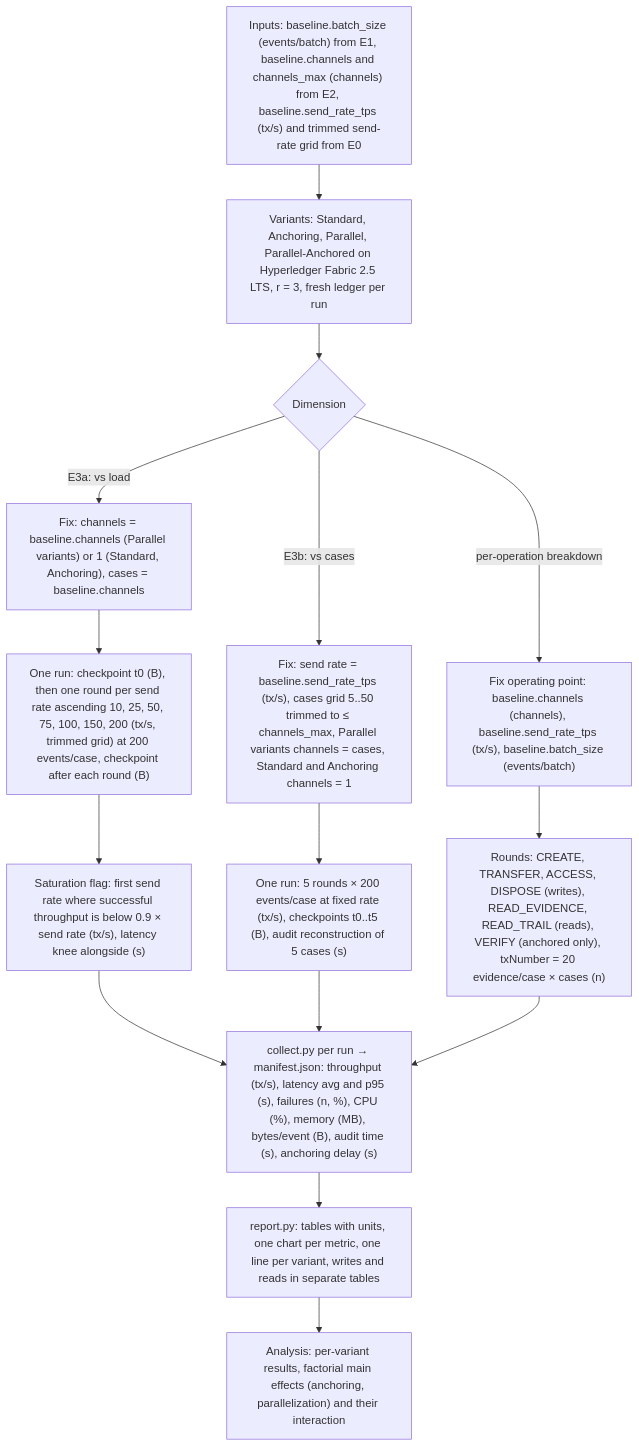
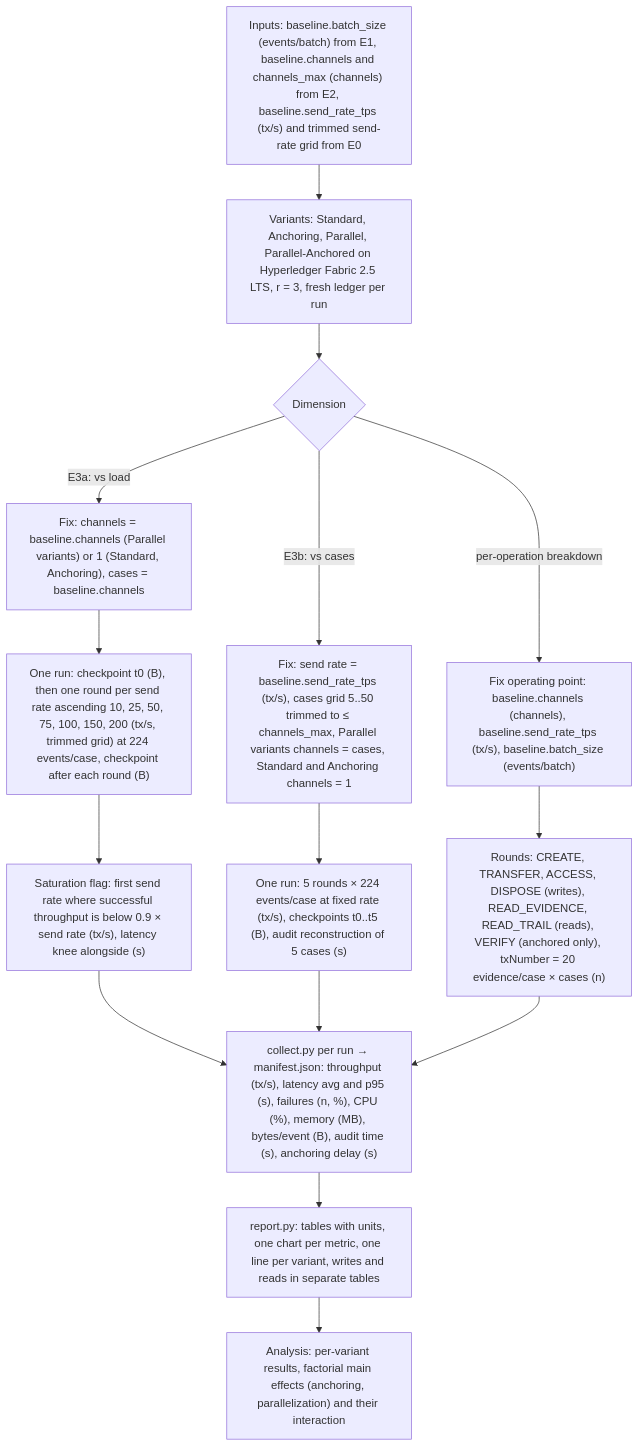
One commit to theflorist18/GLEIPNIR changed the third of 3 diagrams in docs/methodology/experiments.md. Above: the diagram before and after it, drawn with Mermaid. The commit also changed other lines of this file and 23 other files, not shown here.

First line of the commit message:
campaign pre-ramp: ramp 224, trace head-op spacing, per-case audit (CONTRACTS 12-21..23)

````diff
--- a/docs/methodology/experiments.md
+++ b/docs/methodology/experiments.md
@@ -291,17 +292,17 @@
 ```mermaid
 flowchart TD
     A["Inputs: baseline.batch_size (events/batch) from E1, baseline.channels and channels_max (channels) from E2, baseline.send_rate_tps (tx/s) and trimmed send-rate grid from E0"] --> B["Variants: Standard, Anchoring, Parallel, Parallel-Anchored on Hyperledger Fabric 2.5 LTS, r = 3, fresh ledger per run"]
     B --> C{"Dimension"}
     C -->|"E3a: vs load"| D["Fix: channels = baseline.channels (Parallel variants) or 1 (Standard, Anchoring), cases = baseline.channels"]
-    D --> E["One run: checkpoint t0 (B), then one round per send rate ascending 10, 25, 50, 75, 100, 150, 200 (tx/s, trimmed grid) at 200 events/case, checkpoint after each round (B)"]
+    D --> E["One run: checkpoint t0 (B), then one round per send rate ascending 10, 25, 50, 75, 100, 150, 200 (tx/s, trimmed grid) at 224 events/case, checkpoint after each round (B)"]
     E --> F["Saturation flag: first send rate where successful throughput is below 0.9 × send rate (tx/s), latency knee alongside (s)"]
     C -->|"E3b: vs cases"| G["Fix: send rate = baseline.send_rate_tps (tx/s), cases grid 5..50 trimmed to ≤ channels_max, Parallel variants channels = cases, Standard and Anchoring channels = 1"]
-    G --> H["One run: 5 rounds × 200 events/case at fixed rate (tx/s), checkpoints t0..t5 (B), audit reconstruction of 5 cases (s)"]
+    G --> H["One run: 5 rounds × 224 events/case at fixed rate (tx/s), checkpoints t0..t5 (B), audit reconstruction of 5 cases (s)"]
     C -->|"per-operation breakdown"| I["Fix operating point: baseline.channels (channels), baseline.send_rate_tps (tx/s), baseline.batch_size (events/batch)"]
     I --> J["Rounds: CREATE, TRANSFER, ACCESS, DISPOSE (writes), READ_EVIDENCE, READ_TRAIL (reads), VERIFY (anchored only), txNumber = 20 evidence/case × cases (n)"]
     F --> K["collect.py per run → manifest.json: throughput (tx/s), latency avg and p95 (s), failures (n, %), CPU (%), memory (MB), bytes/event (B), audit time (s), anchoring delay (s)"]
     H --> K
     J --> K
     K --> L["report.py: tables with units, one chart per metric, one line per variant, writes and reads in separate tables"]
     L --> M["Analysis: per-variant results, factorial main effects (anchoring, parallelization) and their interaction"]
 ```
````
